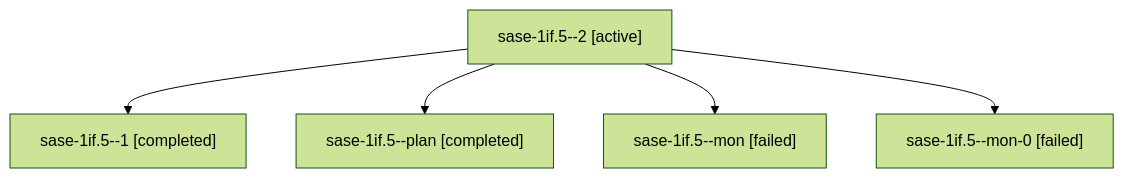
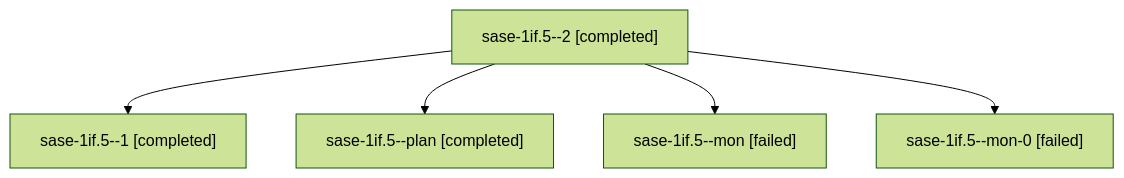
The diagram in sessions/bbugyi200.apollo.sase-1if.5.md (sase-org/sase--agents), drawn with Mermaid (forest theme) before and after one commit. The commit also changed other lines of this file and 31 other files, not shown here.

````diff
--- a/sessions/bbugyi200.apollo.sase-1if.5.md
+++ b/sessions/bbugyi200.apollo.sase-1if.5.md
@@ -9,12 +9,12 @@
 ```mermaid
 flowchart TD
-  n0["sase-1if.5--2 [active]"]
+  n0["sase-1if.5--2 [completed]"]
   n1["sase-1if.5--1 [completed]"]
   n0 --> n1
   n2["sase-1if.5--plan [completed]"]
   n0 --> n2
   n3["sase-1if.5--mon [failed]"]
   n0 --> n3
   n4["sase-1if.5--mon-0 [failed]"]
   n0 --> n4
 ```
````
